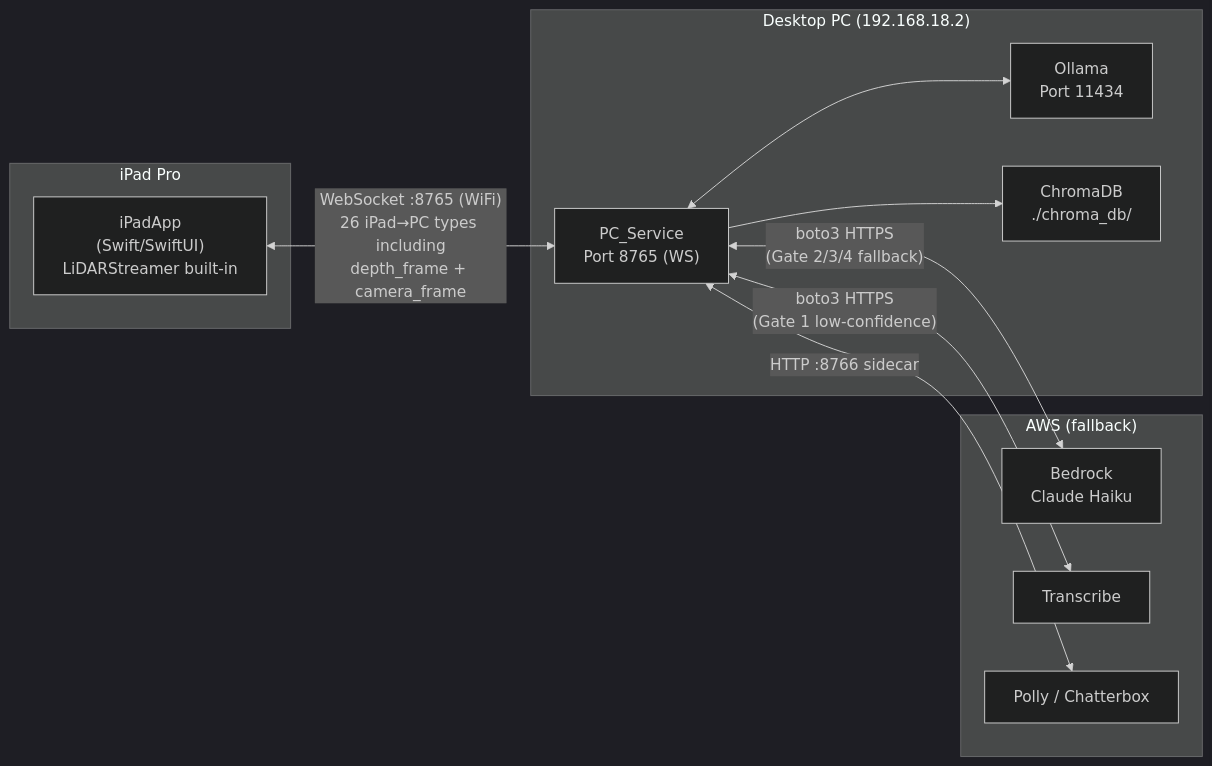
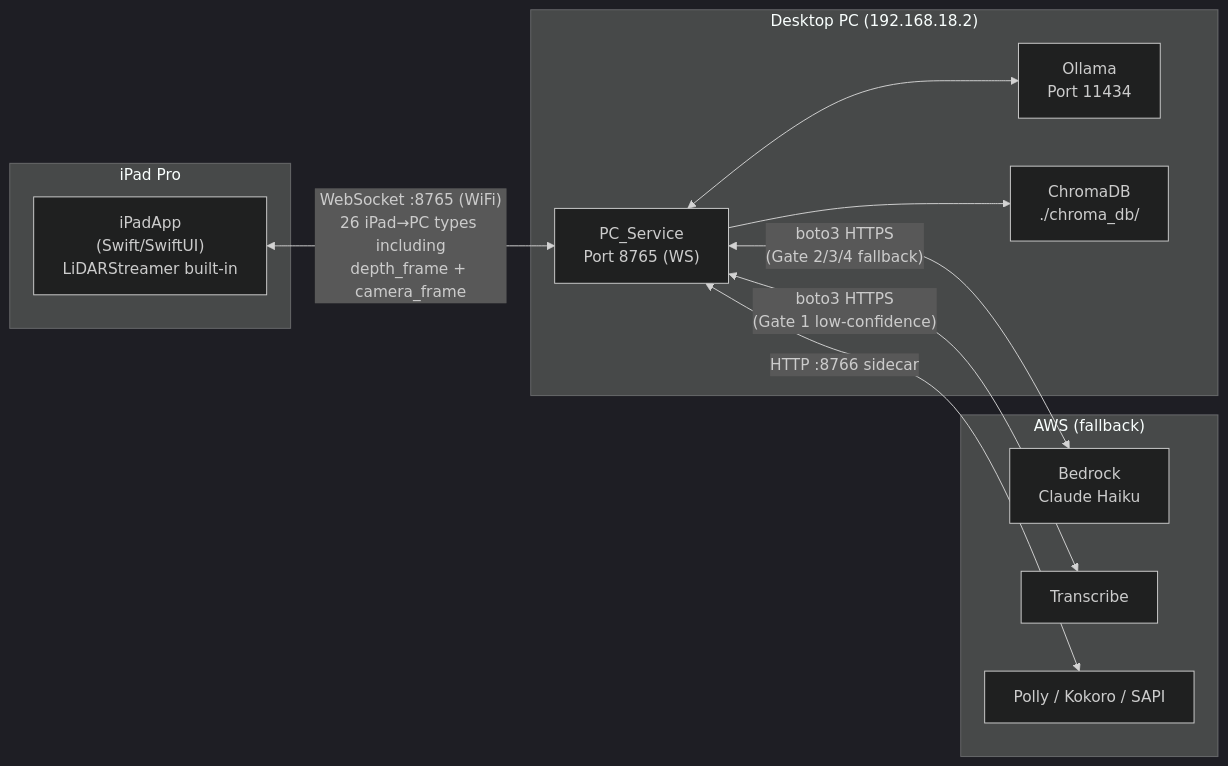
The fourth of 4 diagrams in specs/ipad-sensor-focus/diagrams/01-system-architecture.md (Bradly187/Personal-Desktop-Agent), drawn with Mermaid (dark theme) before and after one commit. The commit also changed 16 other files, not shown here.

````diff
--- a/specs/ipad-sensor-focus/diagrams/01-system-architecture.md
+++ b/specs/ipad-sensor-focus/diagrams/01-system-architecture.md
@@ -114,25 +114,25 @@
 ```mermaid
 flowchart LR
     subgraph ipad["iPad Pro"]
         app["iPadApp\n(Swift/SwiftUI)\nLiDARStreamer built-in"]
     end
 
     subgraph desktop["Desktop PC (192.168.18.2)"]
         service["PC_Service\nPort 8765 (WS)"]
         ollama_srv["Ollama\nPort 11434"]
         chroma["ChromaDB\n./chroma_db/"]
         service <--> ollama_srv
         service --> chroma
     end
 
     subgraph aws["AWS (fallback)"]
         bedrock["Bedrock\nClaude Haiku"]
         transcribe["Transcribe"]
-        polly["Polly / Chatterbox"]
+        polly["Polly / Kokoro / SAPI"]
     end
 
     app <-->|"WebSocket :8765 (WiFi)\n26 iPad→PC types including\ndepth_frame + camera_frame"| service
     service <-->|"boto3 HTTPS\n(Gate 2/3/4 fallback)"| bedrock
     service <-->|"boto3 HTTPS\n(Gate 1 low-confidence)"| transcribe
     service <-->|"HTTP :8766 sidecar"| polly
 ```
````
